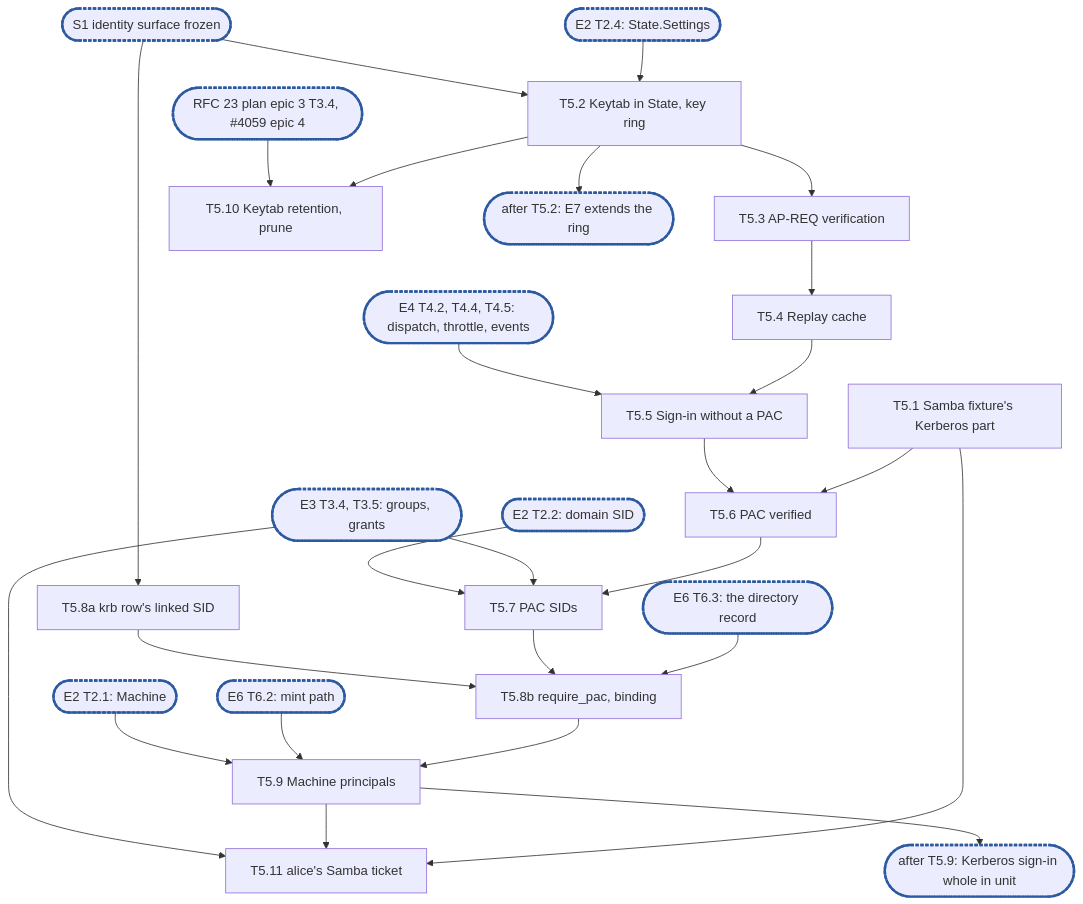
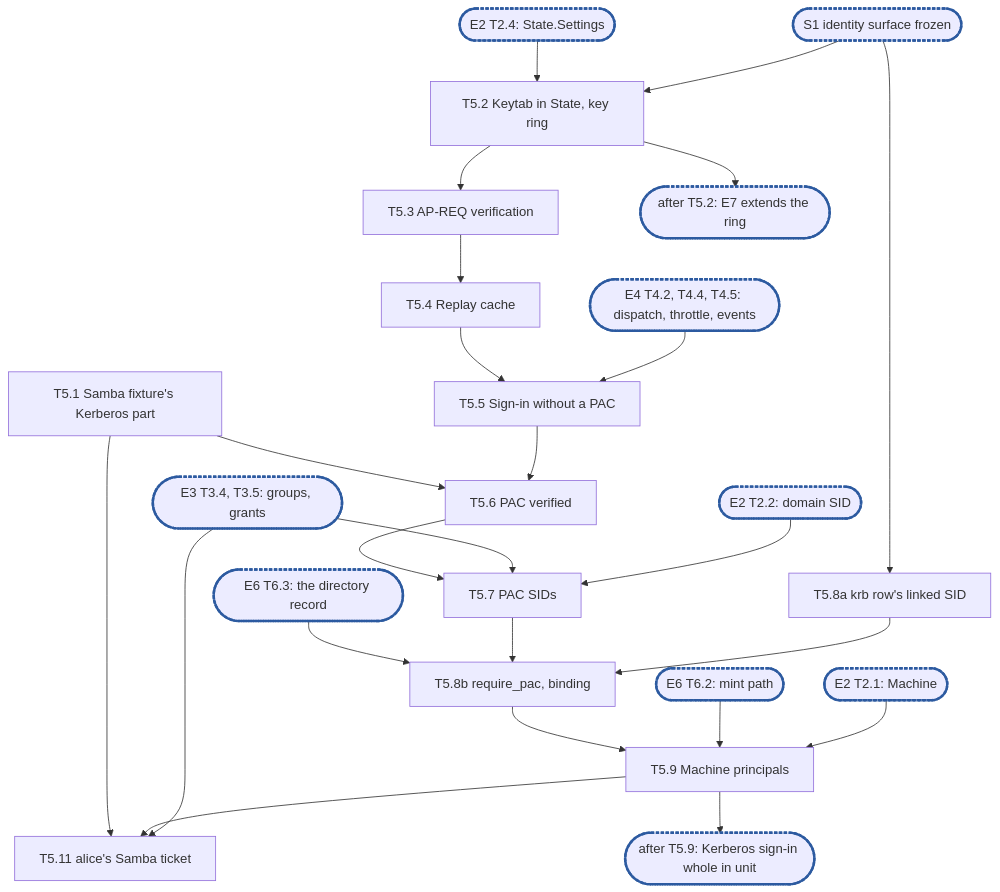
Before and after one commit to cubbit/dittofs: the diagram in docs/internals/planning/rfc-18-identity-epic5.md, drawn with Mermaid. The commit also changed other lines of this file, not shown here.

Commit message:
docs(planning): E5 leaves the keytab's retention and prune to RFC 23's rotation

````diff
--- a/docs/internals/planning/rfc-18-identity-epic5.md
+++ b/docs/internals/planning/rfc-18-identity-epic5.md
@@ -800,28 +743,26 @@
 ```mermaid
 flowchart TD
   S1(["S1 identity surface frozen"]):::sync --> T5_2["T5.2 Keytab in State, key ring"]
   X2a(["E2 T2.4: State.Settings"]):::sync --> T5_2
   T5_1["T5.1 Samba fixture's Kerberos part"]
   T5_2 --> T5_3["T5.3 AP-REQ verification"] --> T5_4["T5.4 Replay cache"]
   X4(["E4 T4.2, T4.4, T4.5: dispatch, throttle, events"]):::sync --> T5_5
   T5_4 --> T5_5["T5.5 Sign-in without a PAC"]
   T5_5 --> T5_6["T5.6 PAC verified"]
   T5_1 --> T5_6
   X2b(["E2 T2.2: domain SID"]):::sync --> T5_7
   X3(["E3 T3.4, T3.5: groups, grants"]):::sync --> T5_7
   X3 --> T5_11
   S1 --> T5_8a["T5.8a krb row's linked SID"]
   T5_8a --> T5_8b
   T5_6 --> T5_7["T5.7 PAC SIDs"] --> T5_8b["T5.8b require_pac, binding"]
   X6a(["E6 T6.3: the directory record"]):::sync --> T5_8b
   X2c(["E2 T2.1: Machine"]):::sync --> T5_9
   X6b(["E6 T6.2: mint path"]):::sync --> T5_9
   T5_8b --> T5_9["T5.9 Machine principals"]
-  X1(["RFC 23 plan epic 3 T3.4, #4059 epic 4"]):::sync --> T5_10
-  T5_2 --> T5_10["T5.10 Keytab retention, prune"]
   T5_9 --> T5_11["T5.11 alice's Samba ticket"]
   T5_1 --> T5_11
   T5_2 --> C1(["after T5.2: E7 extends the ring"]):::sync
   T5_9 --> C2(["after T5.9: Kerberos sign-in whole in unit"]):::sync
   classDef sync stroke:#2c5aa0,stroke-width:3px,stroke-dasharray:4 2
 ```
````
